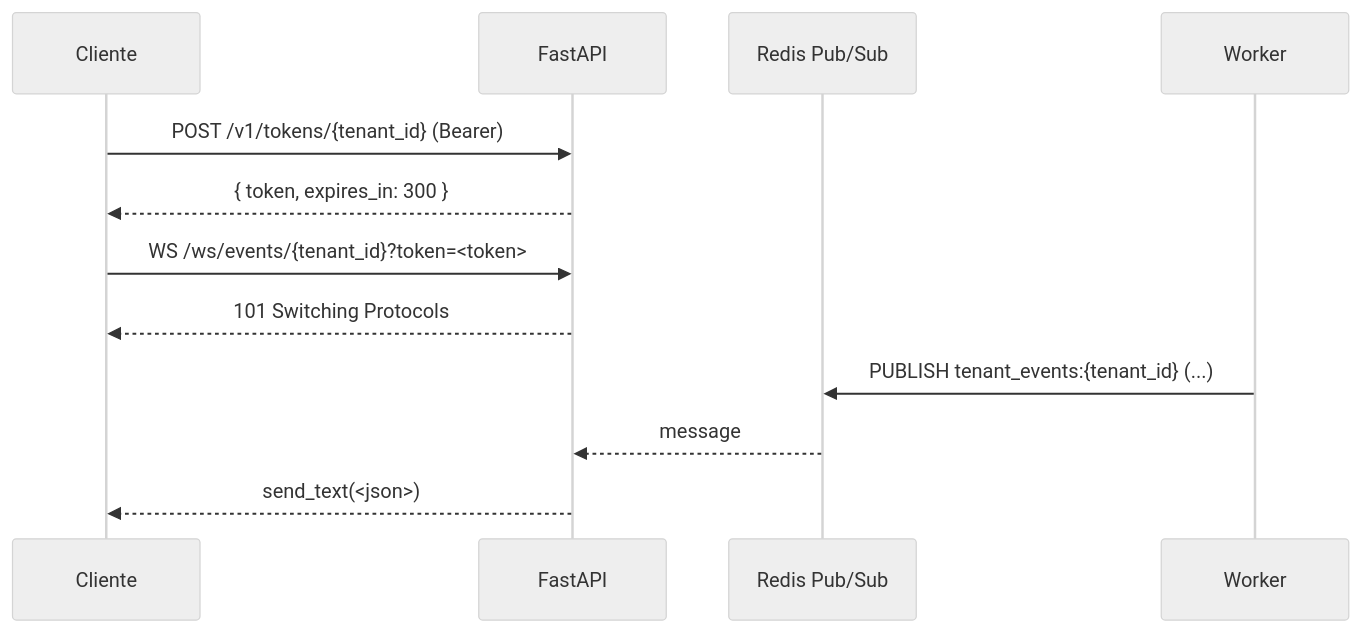
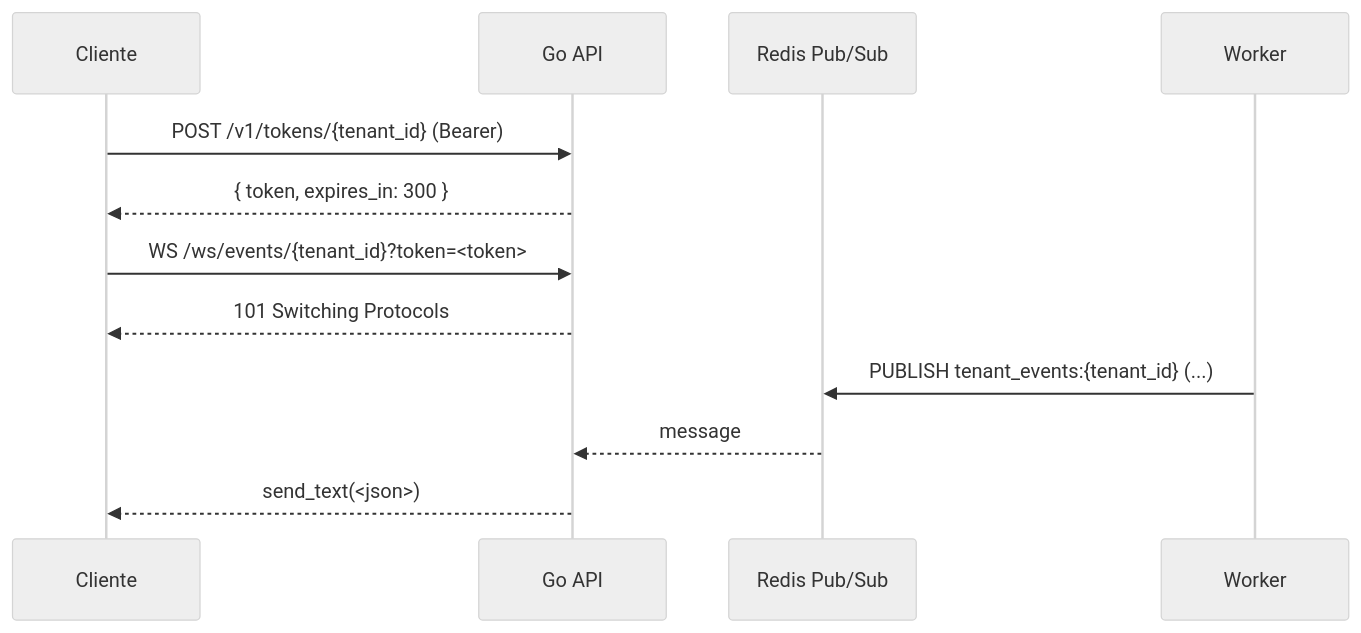
The diagram in docs/docs/websockets/conexao.md (gbiumdonadon/easyhooks), drawn with Mermaid (neutral theme) before and after one commit. The commit also changed 42 other files, not shown here.

First line of the commit message:
feat: rewrite API and worker from Python/FastAPI to Go (Chi)

````diff
--- a/docs/docs/websockets/conexao.md
+++ b/docs/docs/websockets/conexao.md
@@ -12,14 +12,14 @@
 ```mermaid
 sequenceDiagram
     participant C as Cliente
-    participant API as FastAPI
+    participant API as Go API
     participant R as Redis Pub/Sub
     participant W as Worker
     C->>API: POST /v1/tokens/{tenant_id} (Bearer)
     API-->>C: { token, expires_in: 300 }
     C->>API: WS /ws/events/{tenant_id}?token=<token>
     API-->>C: 101 Switching Protocols
     W->>R: PUBLISH tenant_events:{tenant_id} (...)
     R-->>API: message
     API-->>C: send_text(<json>)
 ```
````
